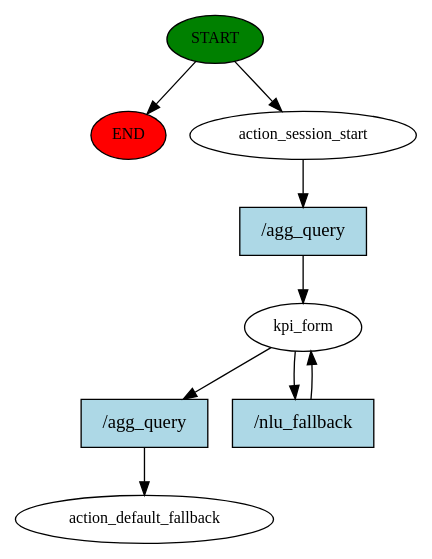
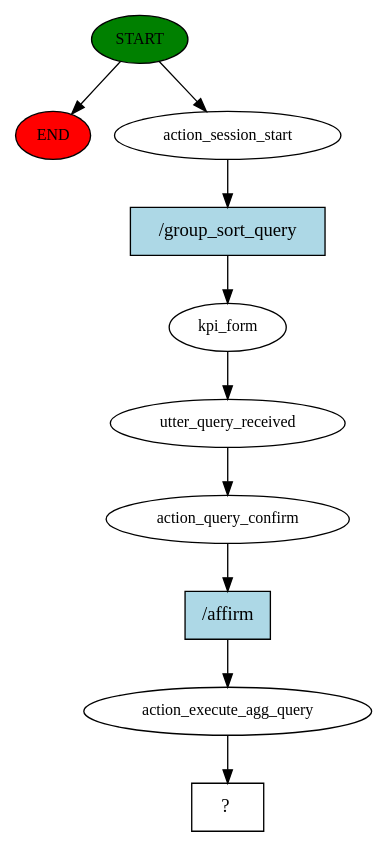
One commit to yuqiong11/kpichat changed the diagram in story_graph.dot. Above: the diagram before and after it, drawn with Graphviz. The commit also changed 14 other files, not shown here.

```diff
--- a/story_graph.dot
+++ b/story_graph.dot
@@ -1,18 +1,21 @@
 digraph  {
 0 [class="start active", fillcolor=green, fontsize=12, label=START, style=filled];
 "-1" [class=end, fillcolor=red, fontsize=12, label=END, style=filled];
 1 [class=active, fontsize=12, label=action_session_start];
 2 [class=active, fontsize=12, label=kpi_form];
-4 [class="dashed active", fontsize=12, label=action_default_fallback];
-5 [class="intent active", fillcolor=lightblue, label="/agg_query", shape=rect, style=filled];
-6 [class="intent active", fillcolor=lightblue, label="/agg_query", shape=rect, style=filled];
-7 [class="intent active", fillcolor=lightblue, label="/nlu_fallback", shape=rect, style=filled];
+3 [class=active, fontsize=12, label=utter_query_received];
+4 [class=active, fontsize=12, label=action_query_confirm];
+5 [class=active, fontsize=12, label=action_execute_agg_query];
+6 [class="intent dashed active", label="  ?  ", shape=rect];
+7 [class="intent active", fillcolor=lightblue, label="/group_sort_query", shape=rect, style=filled];
+8 [class="intent active", fillcolor=lightblue, label="/affirm", shape=rect, style=filled];
 0 -> "-1"  [class="", key=NONE, label=""];
 0 -> 1  [class=active, key=NONE, label=""];
-1 -> 5  [class=active, key=0];
-2 -> 6  [class=active, key=0];
-2 -> 7  [class=active, key=0];
-5 -> 2  [class=active, key=0];
-6 -> 4  [class=active, key=0];
+1 -> 7  [class=active, key=0];
+2 -> 3  [class=active, key=NONE, label=""];
+3 -> 4  [class=active, key=NONE, label=""];
+4 -> 8  [class=active, key=0];
+5 -> 6  [class=active, key=NONE, label=""];
 7 -> 2  [class=active, key=0];
+8 -> 5  [class=active, key=0];
 }
```
